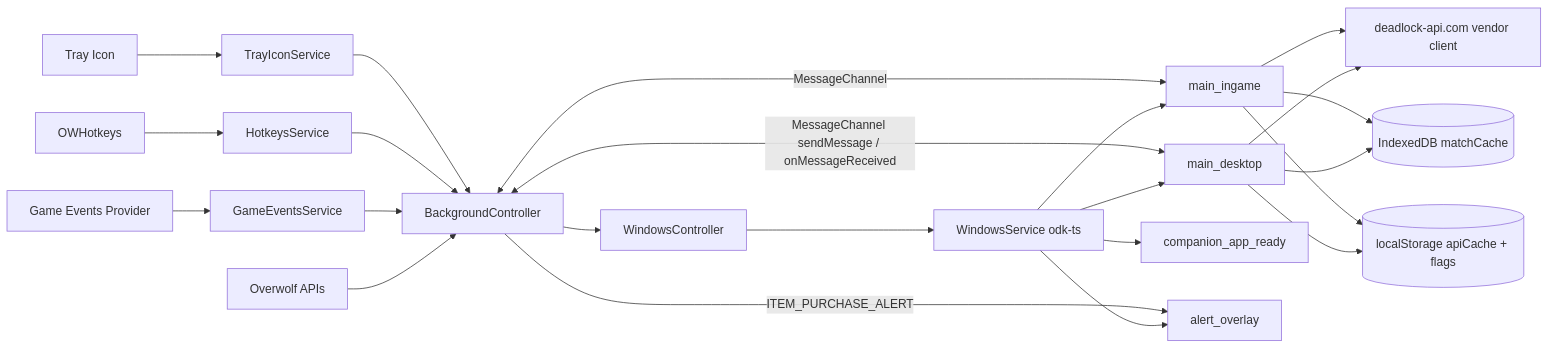
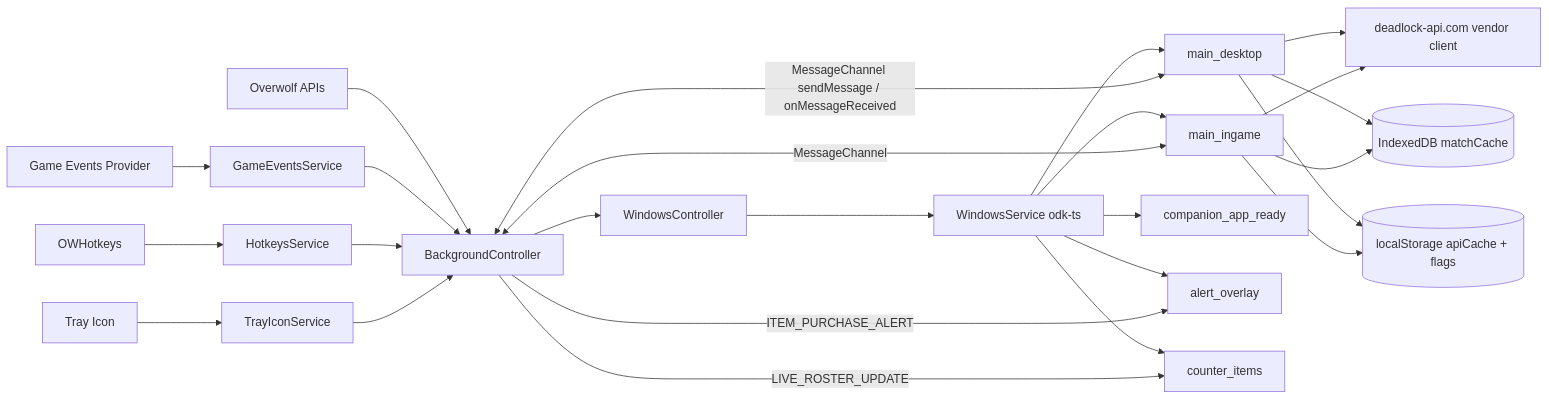
The diagram in docs/01-architecture.md (EdoMathias/deadlock-companion), drawn with Mermaid before and after one commit. The commit also changed other lines of this file and 29 other files, not shown here.

First line of the commit message:
feat: Counter Items overlay + Assets API migration (v1.3.3)

````diff
--- a/docs/01-architecture.md
+++ b/docs/01-architecture.md
@@ -22,28 +22,30 @@
 ```mermaid
 flowchart LR
     OW[Overwolf APIs] --> Bg[BackgroundController]
     GEP[Game Events Provider] --> GES[GameEventsService]
     GES --> Bg
     Hot[OWHotkeys] --> HS[HotkeysService]
     HS --> Bg
     Tray[Tray Icon] --> TIS[TrayIconService]
     TIS --> Bg
 
     Bg --> WC[WindowsController]
     WC --> WS[WindowsService odk-ts]
     WS --> Desk[main_desktop]
     WS --> Ing[main_ingame]
     WS --> Ready[companion_app_ready]
     WS --> Alert[alert_overlay]
+    WS --> Counter[counter_items]
 
     Bg <-->|"MessageChannel sendMessage / onMessageReceived"| Desk
     Bg <-->|MessageChannel| Ing
     Bg -->|ITEM_PURCHASE_ALERT| Alert
+    Bg -->|LIVE_ROSTER_UPDATE| Counter
 
     Desk --> API[deadlock-api.com vendor client]
     Ing --> API
     Desk --> IDB[(IndexedDB matchCache)]
     Ing --> IDB
     Desk --> LS[(localStorage apiCache + flags)]
     Ing --> LS
 ```
````
